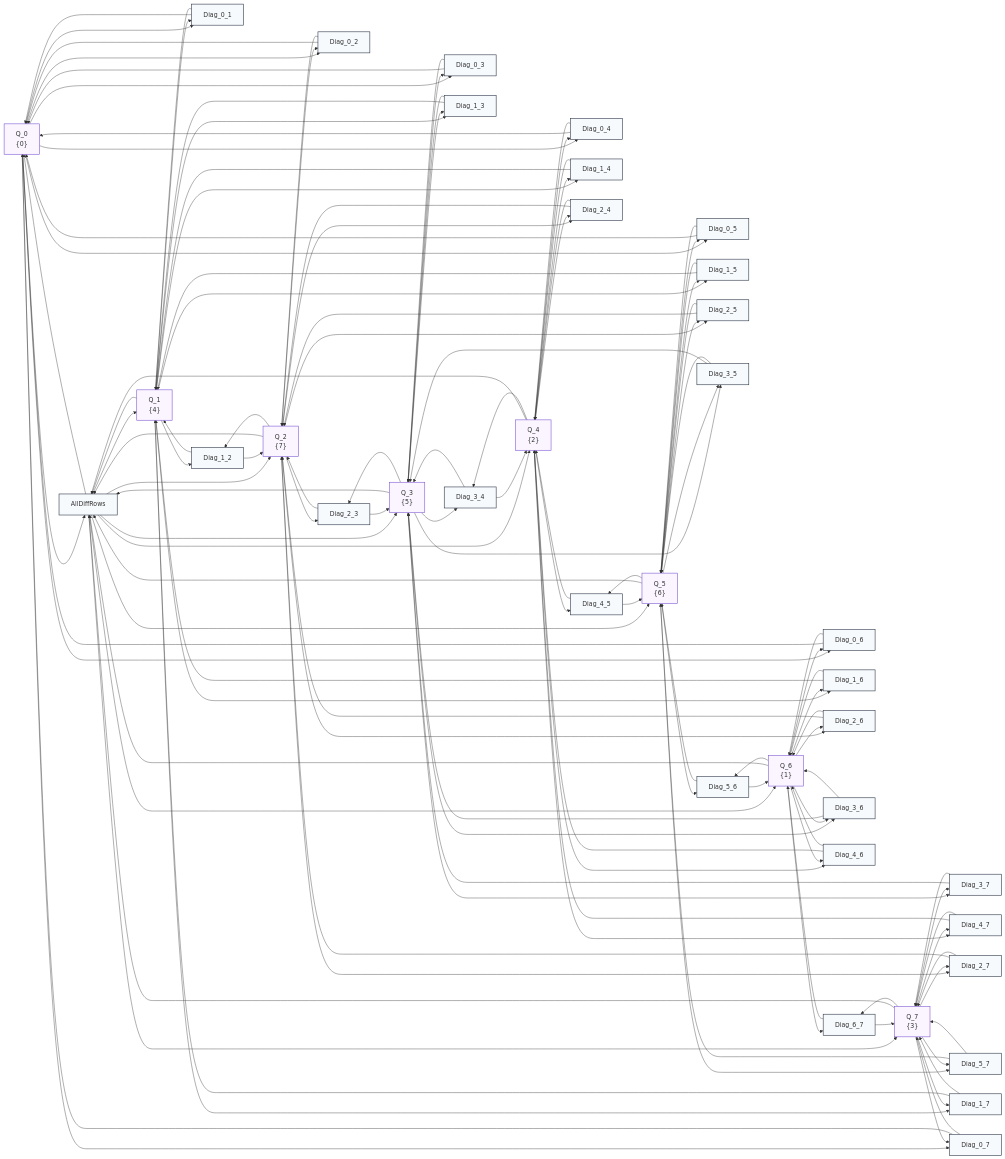
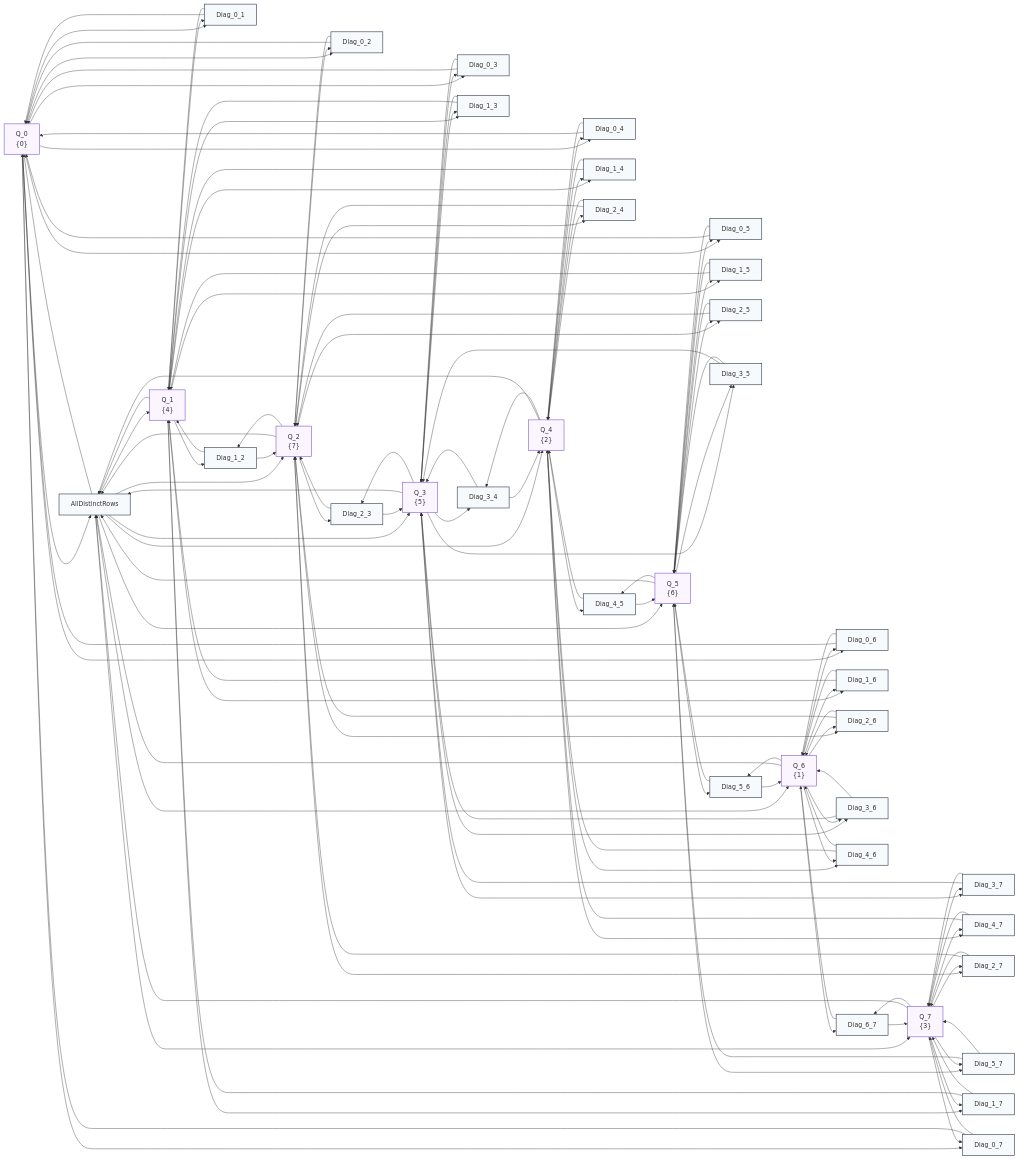
The diagram in docs/assets/n_queens_network.mmd (dougransom/lattice-propagator), drawn with Mermaid before and after one commit. The commit also changed 39 other files, not shown here.

First line of the commit message:
feat(primitives,docs): add AllDistinctPropagator, DelayedPropagator, tree_reduce/tree_sum, polymorphic graph, and relocate schematics

```diff
--- a/docs/assets/n_queens_network.mmd
+++ b/docs/assets/n_queens_network.mmd
@@ -18,7 +18,7 @@
   C_Q_5["Q_5<br/>{6}"]:::discrete
   C_Q_6["Q_6<br/>{1}"]:::discrete
   C_Q_7["Q_7<br/>{3}"]:::discrete
-  P_AllDiffRows["AllDiffRows"]:::propagator
+  P_AllDistinctRows["AllDistinctRows"]:::propagator
   P_Diag_0_1["Diag_0_1"]:::propagator
   P_Diag_0_2["Diag_0_2"]:::propagator
   P_Diag_0_3["Diag_0_3"]:::propagator
@@ -47,22 +47,22 @@
   P_Diag_5_6["Diag_5_6"]:::propagator
   P_Diag_5_7["Diag_5_7"]:::propagator
   P_Diag_6_7["Diag_6_7"]:::propagator
-  C_Q_0 --> P_AllDiffRows
-  C_Q_1 --> P_AllDiffRows
-  C_Q_2 --> P_AllDiffRows
-  C_Q_3 --> P_AllDiffRows
-  C_Q_4 --> P_AllDiffRows
-  C_Q_5 --> P_AllDiffRows
-  C_Q_6 --> P_AllDiffRows
-  C_Q_7 --> P_AllDiffRows
-  P_AllDiffRows --> C_Q_0
-  P_AllDiffRows --> C_Q_1
-  P_AllDiffRows --> C_Q_2
-  P_AllDiffRows --> C_Q_3
-  P_AllDiffRows --> C_Q_4
-  P_AllDiffRows --> C_Q_5
-  P_AllDiffRows --> C_Q_6
-  P_AllDiffRows --> C_Q_7
+  C_Q_0 --> P_AllDistinctRows
+  C_Q_1 --> P_AllDistinctRows
+  C_Q_2 --> P_AllDistinctRows
+  C_Q_3 --> P_AllDistinctRows
+  C_Q_4 --> P_AllDistinctRows
+  C_Q_5 --> P_AllDistinctRows
+  C_Q_6 --> P_AllDistinctRows
+  C_Q_7 --> P_AllDistinctRows
+  P_AllDistinctRows --> C_Q_0
+  P_AllDistinctRows --> C_Q_1
+  P_AllDistinctRows --> C_Q_2
+  P_AllDistinctRows --> C_Q_3
+  P_AllDistinctRows --> C_Q_4
+  P_AllDistinctRows --> C_Q_5
+  P_AllDistinctRows --> C_Q_6
+  P_AllDistinctRows --> C_Q_7
   C_Q_0 --> P_Diag_0_1
   C_Q_1 --> P_Diag_0_1
   P_Diag_0_1 --> C_Q_0
```
